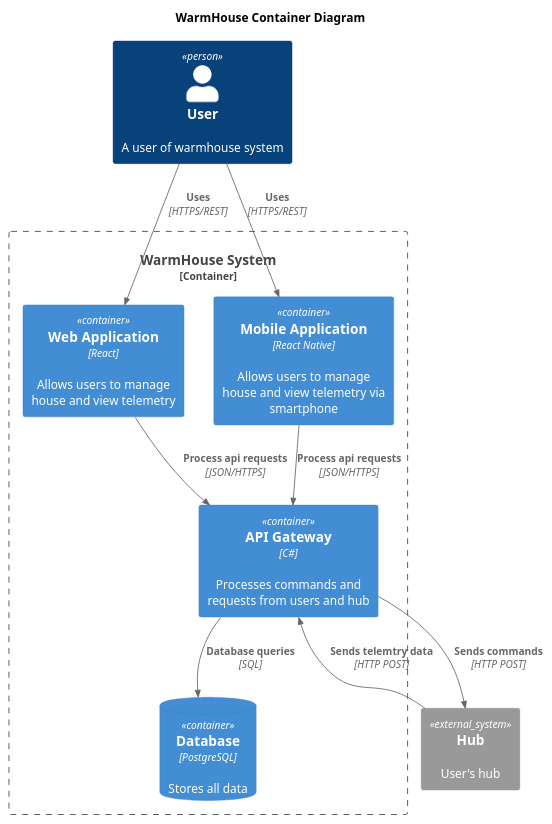
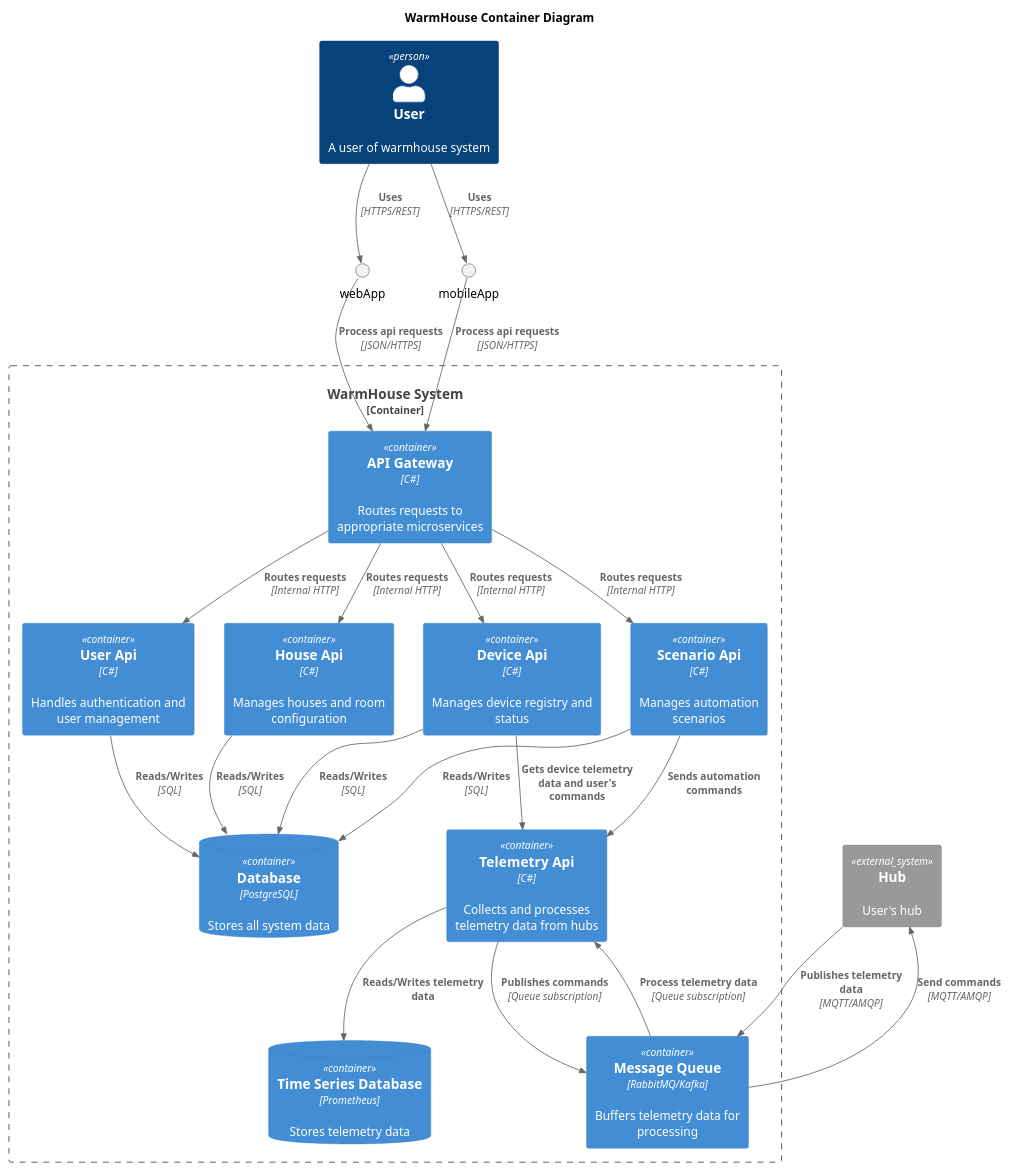
The diagram in schemas/To-Be/Container.puml (tammaco/architecture-pro-warmhouse), drawn with PlantUML before and after one commit. The commit also changed 1 other file, not shown here.

```diff
--- a/schemas/To-Be/Container.puml
+++ b/schemas/To-Be/Container.puml
@@ -1,30 +1,51 @@
 @startuml WarmHouse Container Diagram
 title  WarmHouse Container Diagram
 
 top to bottom direction
 
-!includeurl https://raw.githubusercontent.com/RicardoNiepel/C4-PlantUML/master/C4_Component.puml
+!includeurl https://raw.githubusercontent.com/RicardoNiepel/C4-PlantUML/master/C4_Container.puml
 
 Person(user, "User", "A user of warmhouse system")
 System_Ext(hub, "Hub", "User's hub")
 
 Container_Boundary(WarmHouseSystem, "WarmHouse System") {
-  Container(webApp, "Web Application", "React", "Allows users to manage house and view telemetry")
-  Container(mobileApp, "Mobile Application", "React Native", "Allows users to manage house and view telemetry via smartphone")
+  Container(apiGateway, "API Gateway", "C#", "Routes requests to appropriate microservices")
 
-  Container(api, "API Gateway", "C#", "Processes commands and requests from users and hub")
-
-  ContainerDb(database, "Database", "PostgreSQL", "Stores all data")
+  Container(userApi, "User Api", "C#", "Handles authentication and user management")
+  Container(houseApi, "House Api", "C#", "Manages houses and room configuration")
+  Container(deviceApi, "Device Api", "C#", "Manages device registry and status")
+  Container(scenarioApi, "Scenario Api", "C#", "Manages automation scenarios")
+  Container(telemetryApi, "Telemetry Api", "C#", "Collects and processes telemetry data from hubs")
+  
+  Container(messageQueue, "Message Queue", "RabbitMQ/Kafka", "Buffers telemetry data for processing")
+  ContainerDb(database, "Database", "PostgreSQL", "Stores all system data")
+  ContainerDb(tsdb, "Time Series Database", "Prometheus", "Stores telemetry data")
 }
 
 Rel(user, webApp, "Uses", "HTTPS/REST")
 Rel(user, mobileApp, "Uses", "HTTPS/REST")
 
-Rel(webApp, api, "Process api requests", "JSON/HTTPS")
-Rel(mobileApp, api, "Process api requests", "JSON/HTTPS")
-Rel(hub, api, "Sends telemtry data", "HTTP POST")
-Rel(api, hub, "Sends commands", "HTTP POST")
+Rel(webApp, apiGateway, "Process api requests", "JSON/HTTPS")
+Rel(mobileApp, apiGateway, "Process api requests", "JSON/HTTPS")
 
-Rel(api, database, "Database queries", "SQL")
+Rel(hub, messageQueue, "Publishes telemetry data", "MQTT/AMQP")
+Rel(messageQueue, hub, "Send commands", "MQTT/AMQP")
+Rel(messageQueue, telemetryApi, "Process telemetry data", "Queue subscription")
+Rel(telemetryApi, messageQueue, "Publishes commands", "Queue subscription")
+
+Rel(apiGateway, userApi, "Routes requests", "Internal HTTP")
+Rel(apiGateway, houseApi, "Routes requests", "Internal HTTP")
+Rel(apiGateway, deviceApi, "Routes requests", "Internal HTTP")
+Rel(apiGateway, scenarioApi, "Routes requests", "Internal HTTP")
+
+Rel(userApi, database, "Reads/Writes", "SQL")
+Rel(houseApi, database, "Reads/Writes", "SQL")
+Rel(deviceApi, database, "Reads/Writes", "SQL")
+Rel(scenarioApi, database, "Reads/Writes", "SQL")
+
+Rel(telemetryApi, tsdb, "Reads/Writes telemetry data")
+
+Rel(deviceApi, telemetryApi, "Gets device telemetry data and user's commands")
+Rel(scenarioApi, telemetryApi, "Sends automation commands")
 
 @enduml
```
